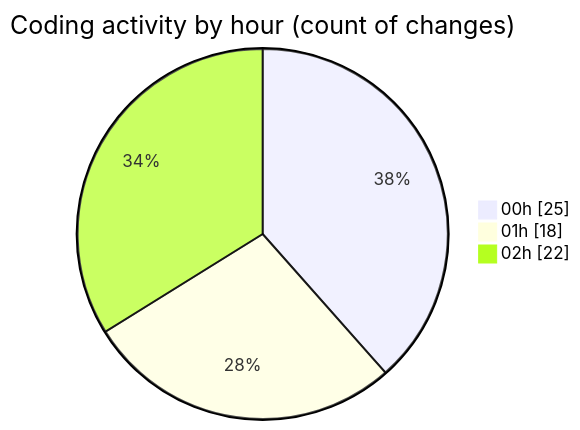
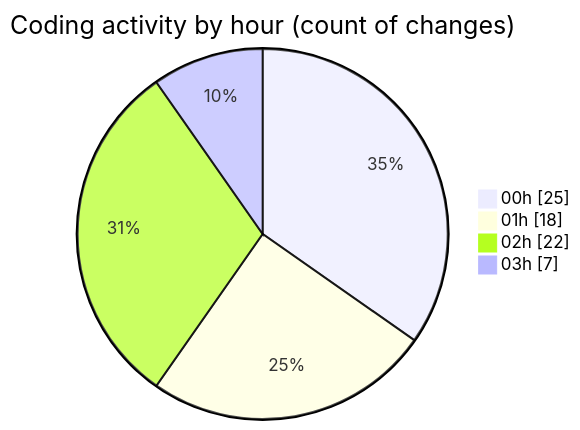
One commit to EIIisD/code-tracking changed the second of 2 diagrams in 2025-07-18/ribbon/README.md. Above: the diagram before and after it, drawn with Mermaid. The commit also changed other lines of this file and 1 other file, not shown here.

````diff
--- a/2025-07-18/ribbon/README.md
+++ b/2025-07-18/ribbon/README.md
@@ -37,7 +40,8 @@
 ```mermaid
 pie showData
 title Coding activity by hour (count of changes)
 "00h" : 25
 "01h" : 18
 "02h" : 22
+"03h" : 7
 ```
````
